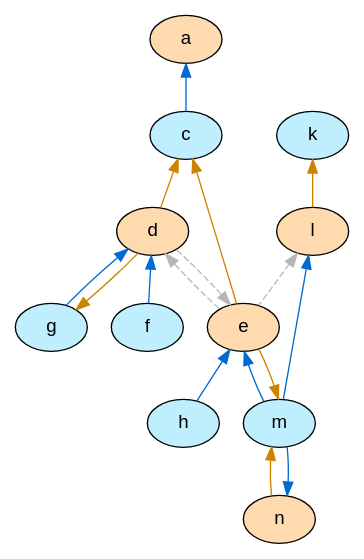
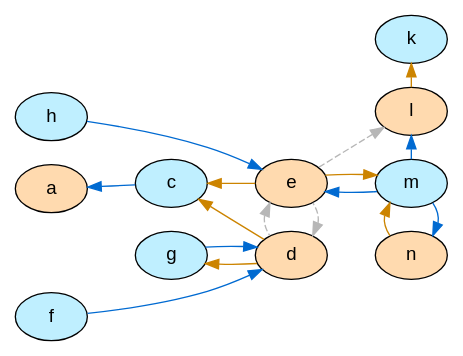
Before and after one commit to idaks/Games-and-Argumentation: the diagram in lib/graphs/arg_pw1_graph_colored.dot, drawn with Graphviz. The commit also changed 33 other files, not shown here.

```diff
--- a/lib/graphs/arg_pw1_graph_colored.dot
+++ b/lib/graphs/arg_pw1_graph_colored.dot
@@ -1,24 +1,30 @@
 digraph G {
+  rankdir="LR"
   node [shape=oval style=filled fontname=Helvetica fontsize=14]
   node [fillcolor="#ffdaaf" fontcolor="#000000"] a l d e n;
   node [fillcolor="#bfefff" fontcolor="#000000"] c k m f g h;
   edge [dir=back, color="#006ad1", style="solid"]
         "a" -> "c";
         "l" -> "m";
         "e" -> "m";
         "d" -> "f";
         "d" -> "g";
         "e" -> "h";
         "n" -> "m";
   edge [dir=back, color="#cc8400", style="solid"]
         "k" -> "l";
         "c" -> "d";
         "c" -> "e";
         "m" -> "e";
         "g" -> "d";
         "m" -> "n";
   edge [dir=back, color="#b7b7b7", style="dashed"]
         "l" -> "e";
         "d" -> "e";
         "e" -> "d";
+
+  {rank = min; f; h}
+  {rank = same; d; e}
+  {rank = same; c; g}
+  {rank = max; k; l; m; n}
 }
```
